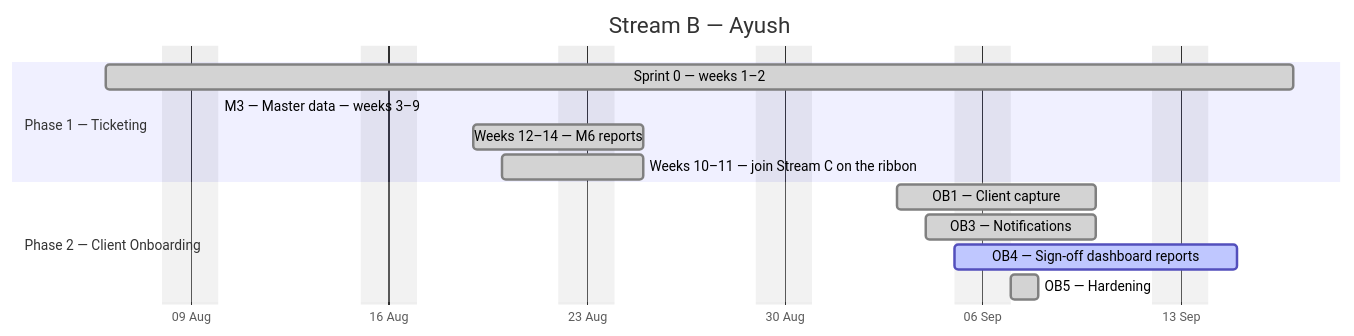
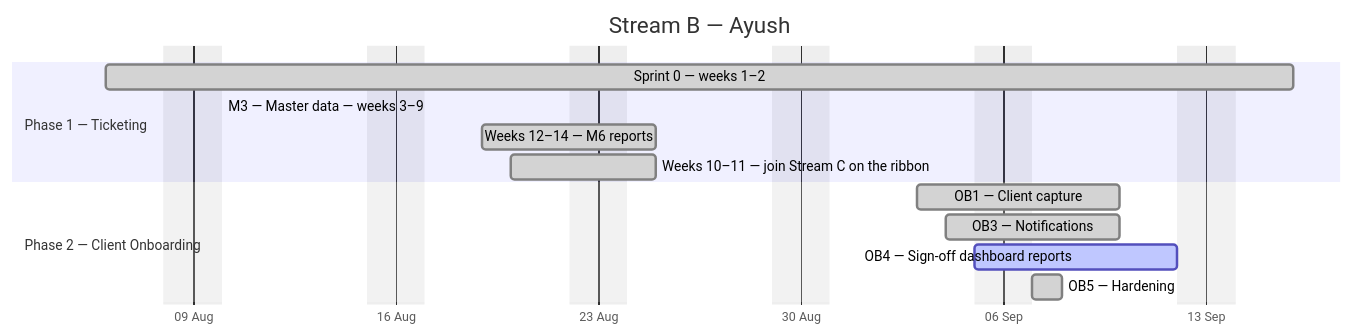
The second of 4 diagrams in docs/plan/GANTT.md (debashisedunext/EduTrack), drawn with Mermaid before and after one commit. The commit also changed other lines of this file and 3 other files, not shown here.

````diff
--- a/docs/plan/GANTT.md
+++ b/docs/plan/GANTT.md
@@ -140,17 +135,17 @@
 ```mermaid
 gantt
     dateFormat YYYY-MM-DD
     axisFormat %d %b
     title Stream B — Ayush
     excludes weekends
     section Phase 1 — Ticketing
-    Sprint 0 — weeks 1–2 :done, b0, 2026-08-06, 30d
-    M3 — Master data — weeks 3–9 :done, b1, 2026-08-10, -17d
+    Sprint 0 — weeks 1–2 :done, b0, 2026-08-06, 29d
+    M3 — Master data — weeks 3–9 :done, b1, 2026-08-10, -16d
     Weeks 12–14 — M6 reports :done, b2, 2026-08-19, 4d
     Weeks 10–11 — join Stream C on the ribbon :done, b3, 2026-08-20, 3d
     section Phase 2 — Client Onboarding
     OB1 — Client capture :done, b4, 2026-09-03, 5d
     OB3 — Notifications :done, b5, 2026-09-04, 4d
-    OB4 — Sign-off  dashboard  reports :active, b6, 2026-09-05, 7d
+    OB4 — Sign-off  dashboard  reports :active, b6, 2026-09-05, 6d
     OB5 — Hardening :done, b7, 2026-09-07, 1d
 ```
````
